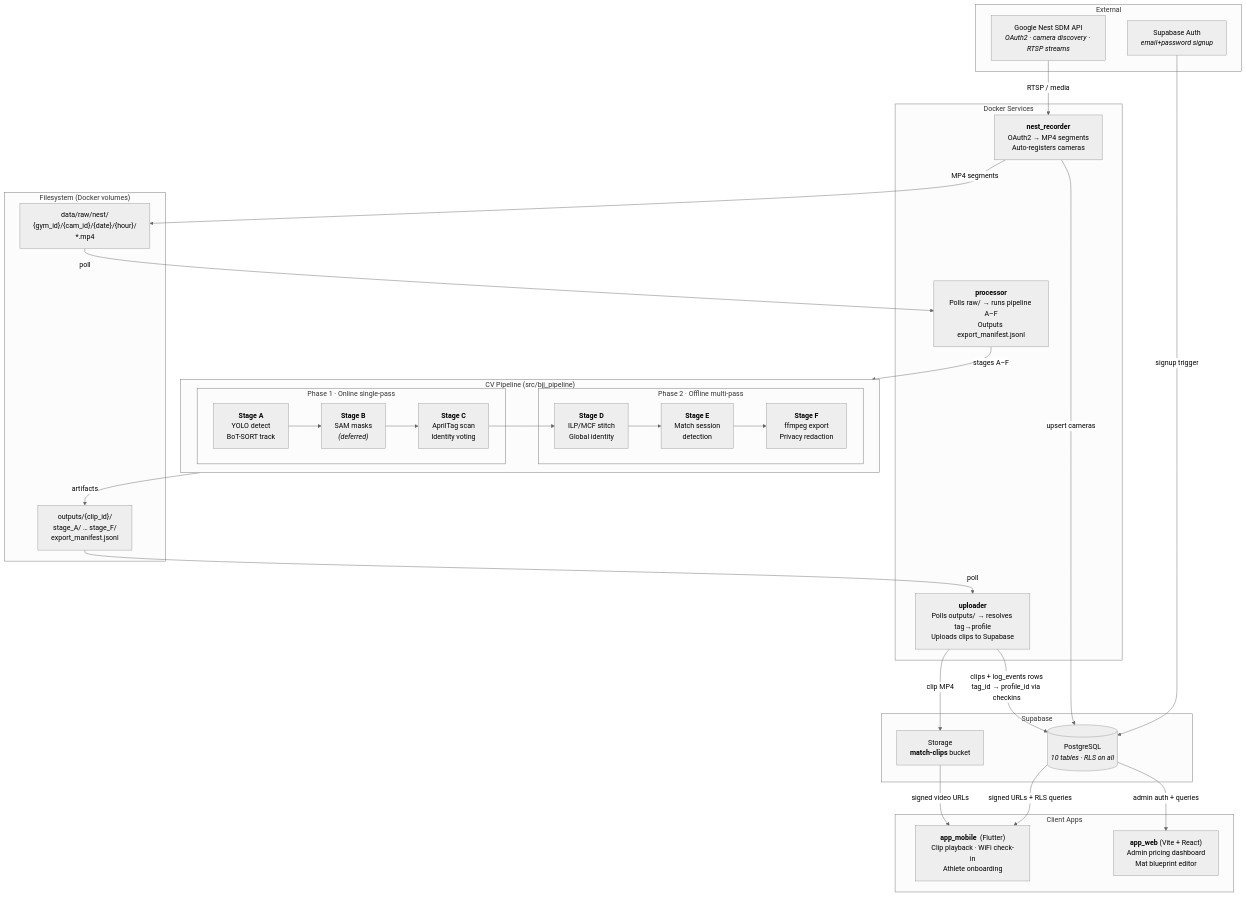
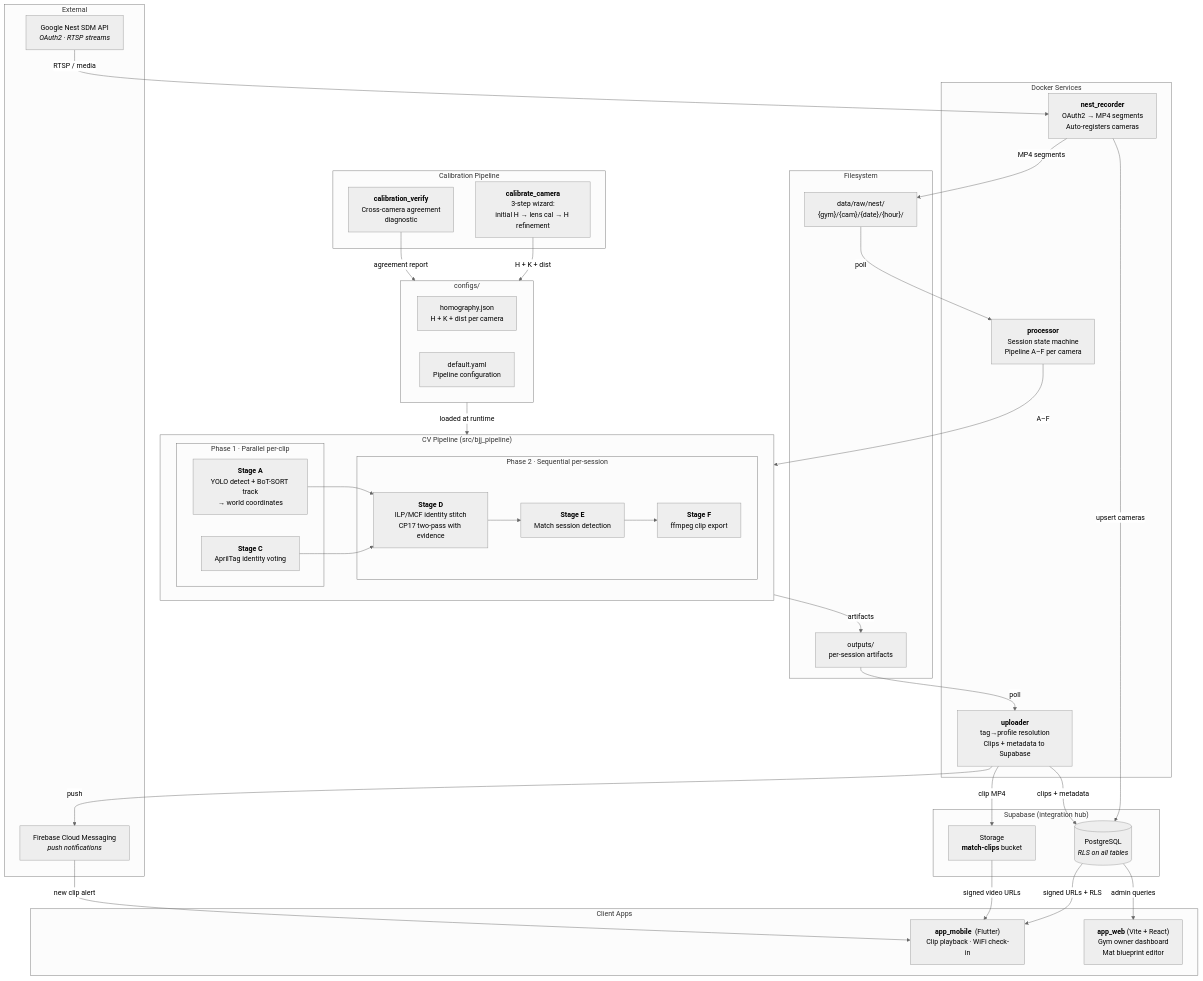
One commit to bryan-rt/roll_tracker changed the diagram in README.md. Above: the diagram before and after it, drawn with Mermaid (neutral theme). The commit also changed other lines of this file and 6 other files, not shown here.

````diff
--- a/README.md
+++ b/README.md
@@ -9,59 +25,75 @@
 ```mermaid
 flowchart TD
   subgraph External["External"]
-    NestAPI["Google Nest SDM API<br/><i>OAuth2 · camera discovery · RTSP streams</i>"]
-    SupaAuth["Supabase Auth<br/><i>email+password signup</i>"]
+    NestAPI["Google Nest SDM API<br/><i>OAuth2 · RTSP streams</i>"]
+    FCM["Firebase Cloud Messaging<br/><i>push notifications</i>"]
   end
 
   subgraph Services["Docker Services"]
     Recorder["<b>nest_recorder</b><br/>OAuth2 → MP4 segments<br/>Auto-registers cameras"]
-    Processor["<b>processor</b><br/>Polls raw/ → runs pipeline A–F<br/>Outputs export_manifest.jsonl"]
-    Uploader["<b>uploader</b><br/>Polls outputs/ → resolves tag→profile<br/>Uploads clips to Supabase"]
+    Processor["<b>processor</b><br/>Session state machine<br/>Pipeline A–F per camera"]
+    Uploader["<b>uploader</b><br/>tag→profile resolution<br/>Clips + metadata to Supabase"]
+  end
+
+  subgraph CalPipeline["Calibration Pipeline"]
+    CalWizard["<b>calibrate_camera</b><br/>3-step wizard:<br/>initial H → lens cal → H refinement"]
+    CalVerify["<b>calibration_verify</b><br/>Cross-camera agreement<br/>diagnostic"]
   end
 
   subgraph Pipeline["CV Pipeline  (src/bjj_pipeline)"]
     direction LR
-    subgraph Phase1["Phase 1 · Online single-pass"]
-      A["<b>Stage A</b><br/>YOLO detect<br/>BoT-SORT track"]
-      B["<b>Stage B</b><br/>SAM masks<br/><i>(deferred)</i>"]
-      C["<b>Stage C</b><br/>AprilTag scan<br/>Identity voting"]
+    subgraph Phase1["Phase 1 · Parallel per-clip"]
+      A["<b>Stage A</b><br/>YOLO detect + BoT-SORT track<br/>→ world coordinates"]
+      C["<b>Stage C</b><br/>AprilTag identity voting"]
     end
-    subgraph Phase2["Phase 2 · Offline multi-pass"]
-      D["<b>Stage D</b><br/>ILP/MCF stitch<br/>Global identity"]
-      E["<b>Stage E</b><br/>Match session<br/>detection"]
-      F["<b>Stage F</b><br/>ffmpeg export<br/>Privacy redaction"]
+    subgraph Phase2["Phase 2 · Sequential per-session"]
+      D["<b>Stage D</b><br/>ILP/MCF identity stitch<br/>CP17 two-pass with evidence"]
+      E["<b>Stage E</b><br/>Match session detection"]
+      F["<b>Stage F</b><br/>ffmpeg clip export"]
     end
-    A --> B --> C --> D --> E --> F
+    A --> D
+    C --> D
+    D --> E --> F
   end
 
-  subgraph Storage["Filesystem (Docker volumes)"]
-    Raw["data/raw/nest/<br/>{gym_id}/{cam_id}/{date}/{hour}/<br/>*.mp4"]
-    Outputs["outputs/{clip_id}/<br/>stage_A/ … stage_F/<br/>export_manifest.jsonl"]
+  subgraph Storage["Filesystem"]
+    Raw["data/raw/nest/<br/>{gym}/{cam}/{date}/{hour}/"]
+    Outputs["outputs/<br/>per-session artifacts"]
   end
 
-  subgraph Supabase["Supabase"]
-    DB[("PostgreSQL<br/><i>10 tables · RLS on all</i>")]
+  subgraph Supabase["Supabase  (integration hub)"]
+    DB[("PostgreSQL<br/><i>RLS on all tables</i>")]
     Bucket["Storage<br/><b>match-clips</b> bucket"]
   end
 
   subgraph Clients["Client Apps"]
-    Mobile["<b>app_mobile</b>  (Flutter)<br/>Clip playback · WiFi check-in<br/>Athlete onboarding"]
-    Web["<b>app_web</b>  (Vite + React)<br/>Admin pricing dashboard<br/>Mat blueprint editor"]
+    Mobile["<b>app_mobile</b>  (Flutter)<br/>Clip playback · WiFi check-in"]
+    Web["<b>app_web</b>  (Vite + React)<br/>Gym owner dashboard<br/>Mat blueprint editor"]
+  end
+
+  subgraph Configs["configs/"]
+    Homography["homography.json<br/>H + K + dist per camera"]
+    DefaultYAML["default.yaml<br/>Pipeline configuration"]
   end
 
   %% Data flow
   NestAPI -->|"RTSP / media"| Recorder
   Recorder -->|"MP4 segments"| Raw
   Recorder -->|"upsert cameras"| DB
   Raw -->|"poll"| Processor
-  Processor -->|"stages A–F"| Pipeline
+  Processor -->|"A–F"| Pipeline
   Pipeline -->|"artifacts"| Outputs
   Outputs -->|"poll"| Uploader
   Uploader -->|"clip MP4"| Bucket
-  Uploader -->|"clips + log_events rows<br/>tag_id → profile_id via checkins"| DB
+  Uploader -->|"clips + metadata"| DB
+  Uploader -->|"push"| FCM
 
-  SupaAuth -->|"signup trigger"| DB
-  DB -->|"signed URLs + RLS queries"| Mobile
-  DB -->|"admin auth + queries"| Web
+  CalWizard -->|"H + K + dist"| Configs
+  CalVerify -->|"agreement report"| Configs
+  Configs -->|"loaded at runtime"| Pipeline
+
+  DB -->|"signed URLs + RLS"| Mobile
+  DB -->|"admin queries"| Web
   Bucket -->|"signed video URLs"| Mobile
+  FCM -->|"new clip alert"| Mobile
 ```
````
